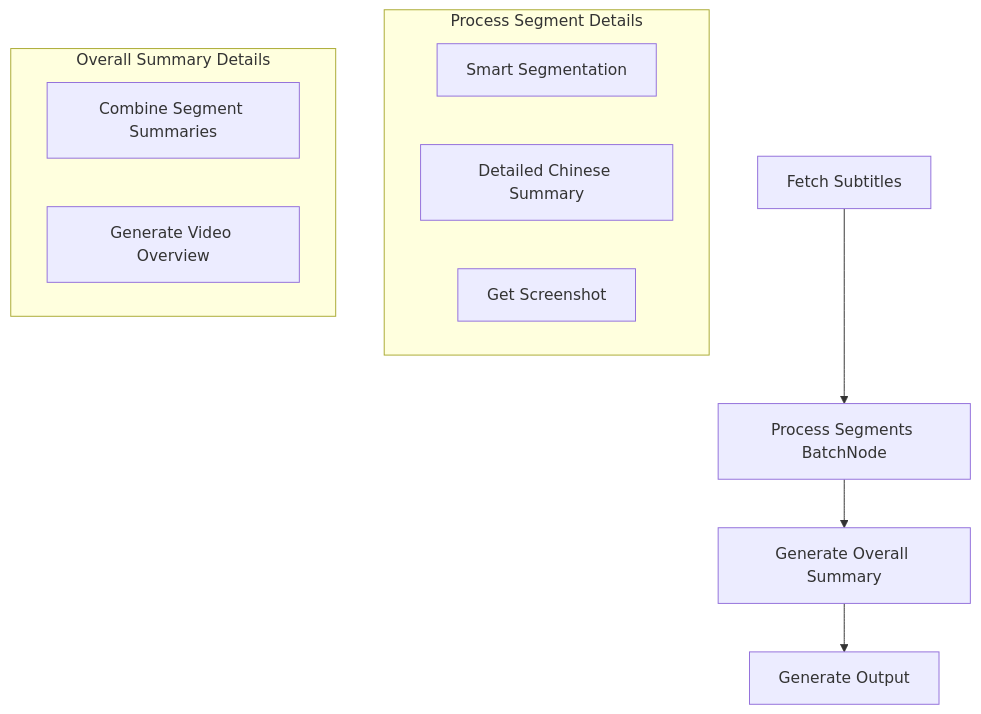
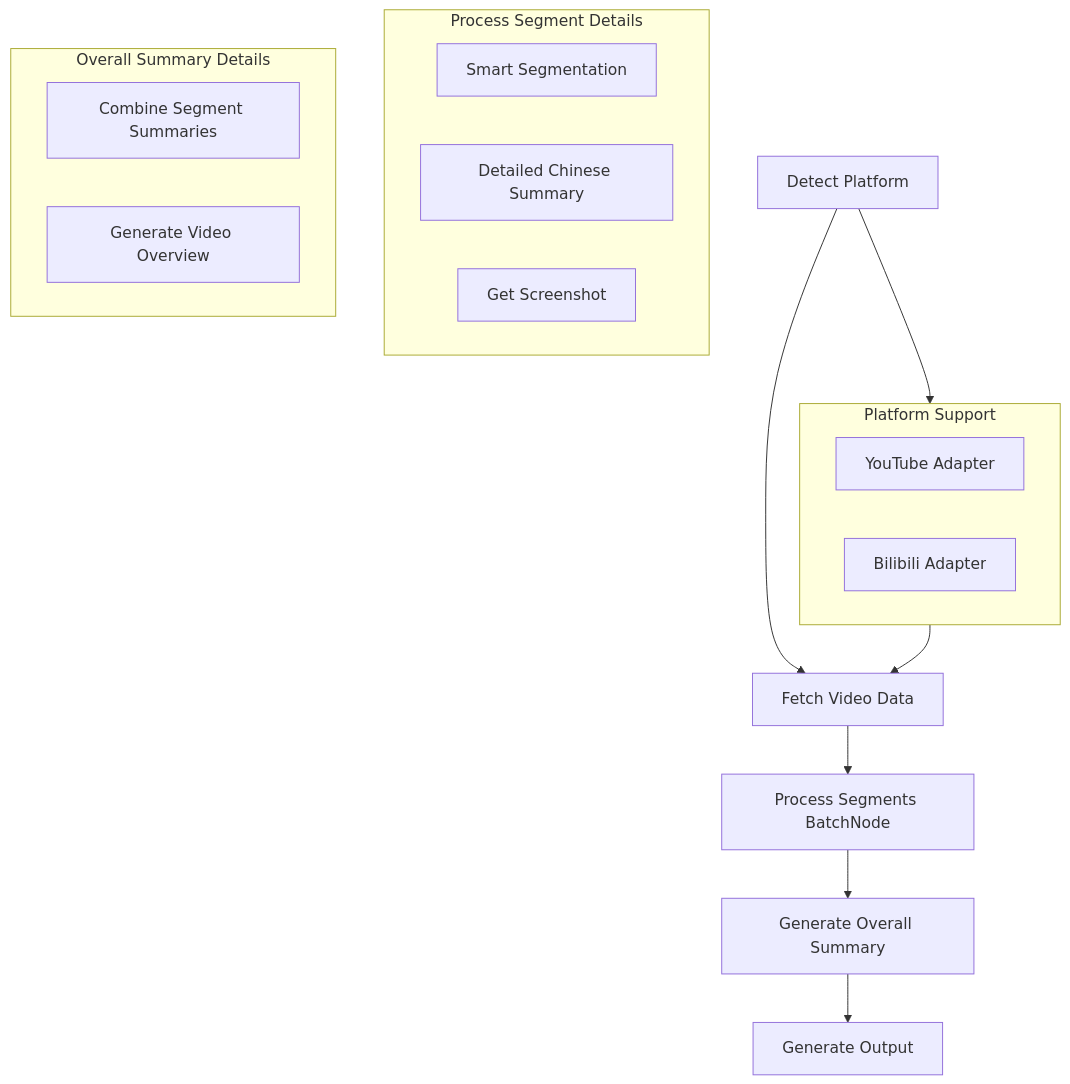
The diagram in docs/design.md (0xFANGO/Youtubue-summarize), drawn with Mermaid before and after one commit. The commit also changed other lines of this file and 16 other files, not shown here.

````diff
--- a/docs/design.md
+++ b/docs/design.md
@@ -44,17 +50,26 @@
 ```mermaid
 flowchart TD
-    fetch[Fetch Subtitles] --> process[Process Segments BatchNode]
+    detect[Detect Platform] --> fetch[Fetch Video Data]
+    fetch --> process[Process Segments BatchNode]
     process --> overall[Generate Overall Summary]
     overall --> output[Generate Output]
+    
+    subgraph platform_support[Platform Support]
+        youtube[YouTube Adapter]
+        bilibili[Bilibili Adapter]
+    end
+    
+    detect --> platform_support
+    platform_support --> fetch
     
     subgraph process_details[Process Segment Details]
         segment[Smart Segmentation]
         summarize[Detailed Chinese Summary]
         screenshot[Get Screenshot]
     end
     
     subgraph overall_details[Overall Summary Details]
         combine[Combine Segment Summaries]
         generate[Generate Video Overview]
     end
 ```
````
